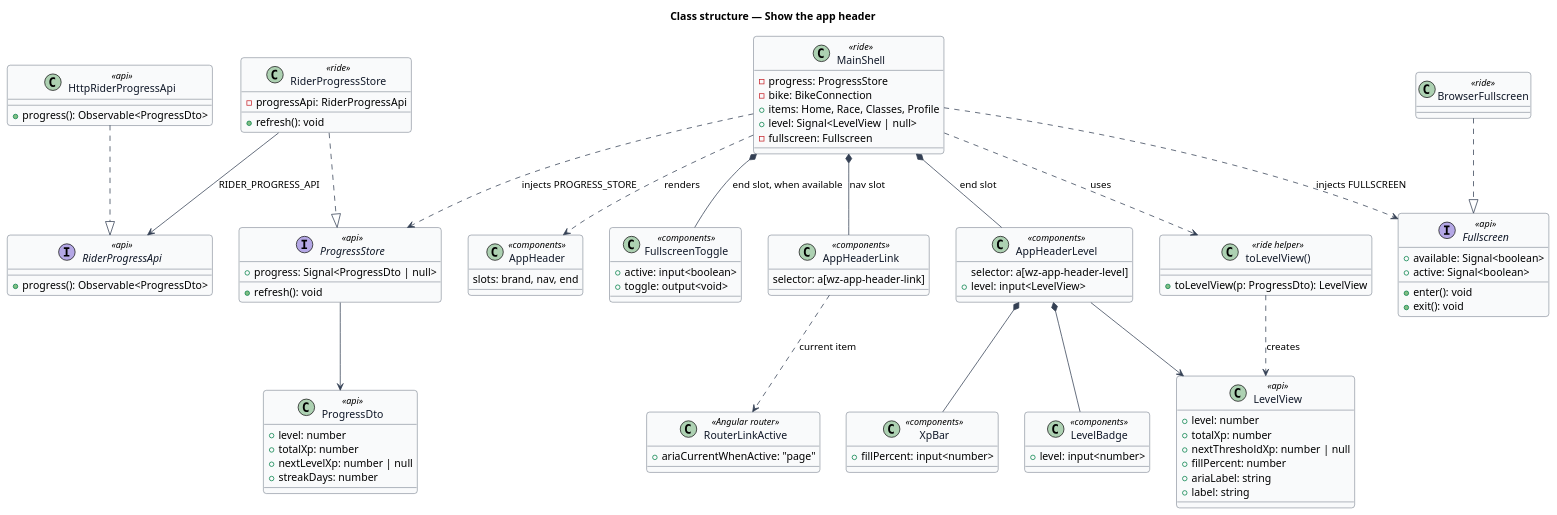
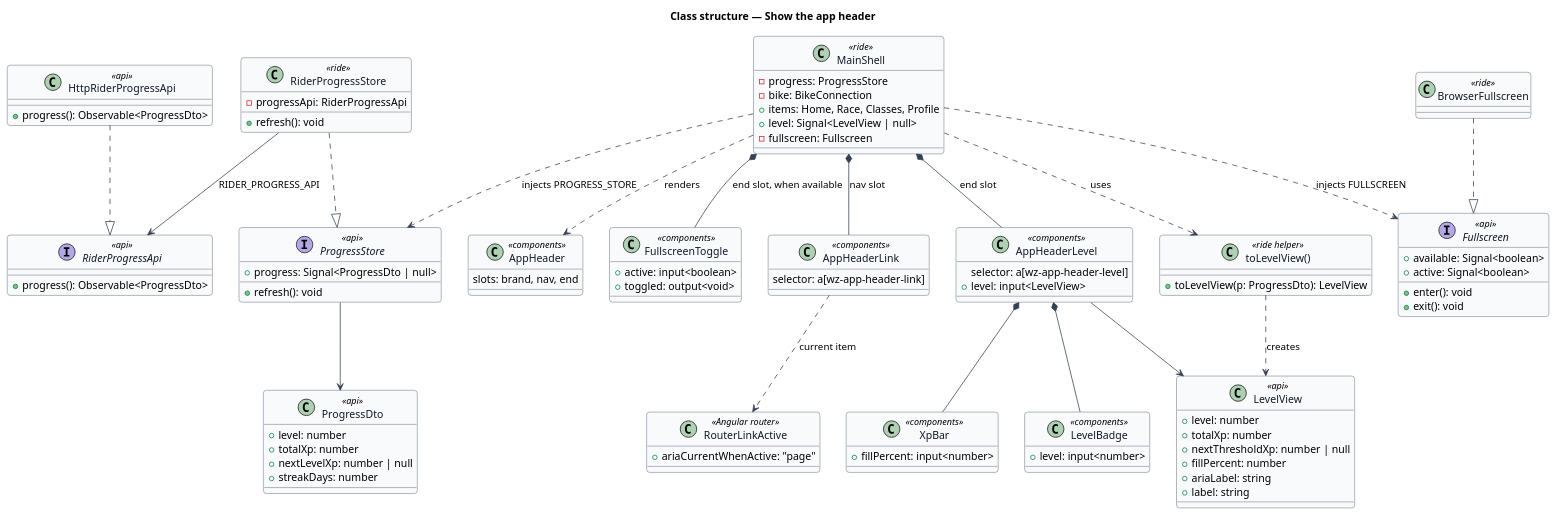
Before and after one commit to QuinntyneBrown/ride-one: the diagram in docs/detailed-designs/home/show-the-app-header/diagrams/class-structure.puml, drawn with PlantUML. The commit also changed 27 other files, not shown here.

```diff
--- a/docs/detailed-designs/home/show-the-app-header/diagrams/class-structure.puml
+++ b/docs/detailed-designs/home/show-the-app-header/diagrams/class-structure.puml
@@ -1,100 +1,100 @@
 @startuml
 ' --- shared skin header ---
 skinparam backgroundColor #FFFFFF
 skinparam shadowing false
 skinparam roundcorner 8
 skinparam defaultFontName Arial
 skinparam ArrowColor #344054
 skinparam class {
   BorderColor #344054
   FontColor #101828
   BackgroundColor #F9FAFB
 }
 ' --------------------------
 title Class structure — Show the app header
 class MainShell <<ride>> {
   -progress: ProgressStore
   -bike: BikeConnection
   +items: Home, Race, Classes, Profile
   +level: Signal<LevelView | null>
   -fullscreen: Fullscreen
 }
 interface ProgressStore <<api>> {
   +progress: Signal<ProgressDto | null>
   +refresh(): void
 }
 class RiderProgressStore <<ride>> {
   -progressApi: RiderProgressApi
   +refresh(): void
 }
 interface RiderProgressApi <<api>> {
   +progress(): Observable<ProgressDto>
 }
 class HttpRiderProgressApi <<api>> {
   +progress(): Observable<ProgressDto>
 }
 class AppHeaderLink <<components>> {
   selector: a[wz-app-header-link]
 }
 class AppHeaderLevel <<components>> {
   selector: a[wz-app-header-level]
   +level: input<LevelView>
 }
 class RouterLinkActive <<Angular router>> {
   +ariaCurrentWhenActive: "page"
 }
 class AppHeader <<components>> {
   slots: brand, nav, end
 }
 class FullscreenToggle <<components>> {
   +active: input<boolean>
-  +toggle: output<void>
+  +toggled: output<void>
 }
 interface Fullscreen <<api>> {
   +available: Signal<boolean>
   +active: Signal<boolean>
   +enter(): void
   +exit(): void
 }
 class BrowserFullscreen <<ride>>
 class LevelView <<api>> {
   +level: number
   +totalXp: number
   +nextThresholdXp: number | null
   +fillPercent: number
   +ariaLabel: string
   +label: string
 }
 class ProgressDto <<api>> {
   +level: number
   +totalXp: number
   +nextLevelXp: number | null
   +streakDays: number
 }
 class LevelBadge <<components>> {
   +level: input<number>
 }
 class XpBar <<components>> {
   +fillPercent: input<number>
 }
 class "toLevelView()" as toLevelView <<ride helper>> {
   +toLevelView(p: ProgressDto): LevelView
 }
 MainShell ..> ProgressStore : injects PROGRESS_STORE
 MainShell ..> AppHeader : renders
 MainShell ..> toLevelView : uses
 RiderProgressStore ..|> ProgressStore
 HttpRiderProgressApi ..|> RiderProgressApi
 RiderProgressStore --> RiderProgressApi : RIDER_PROGRESS_API
 ProgressStore --> ProgressDto
 MainShell *-- AppHeaderLink : nav slot
 MainShell *-- AppHeaderLevel : end slot
 MainShell *-- FullscreenToggle : end slot, when available
 MainShell ..> Fullscreen : injects FULLSCREEN
 BrowserFullscreen ..|> Fullscreen
 AppHeaderLink ..> RouterLinkActive : current item
 AppHeaderLevel *-- LevelBadge
 AppHeaderLevel *-- XpBar
 AppHeaderLevel --> LevelView
 toLevelView ..> LevelView : creates
 @enduml
```
